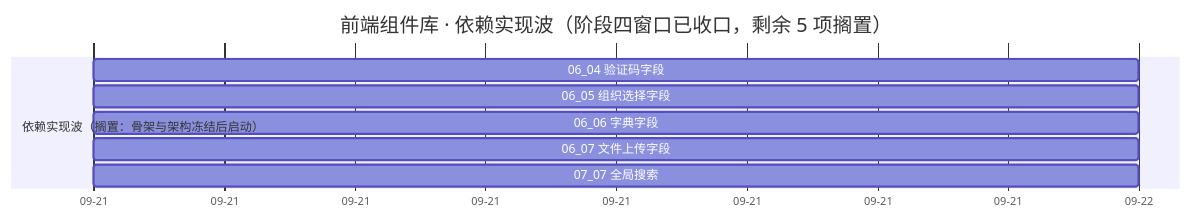
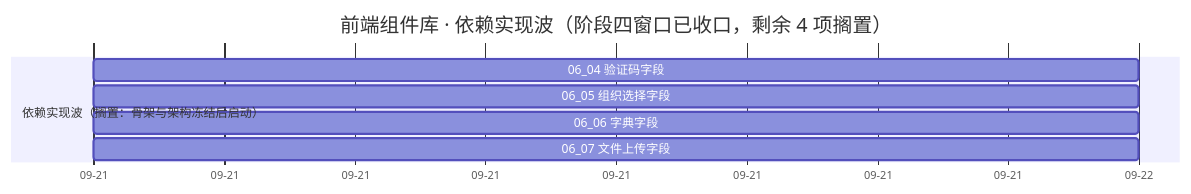
One commit to minjian123/basic-management-system changed the diagram in bms文档/项目/04_前端组件库/计划/01_计划_前端组件库.md. Above: the diagram before and after it, drawn with Mermaid. The commit also changed other lines of this file and 9 other files, not shown here.

````diff
--- a/bms文档/项目/04_前端组件库/计划/01_计划_前端组件库.md
+++ b/bms文档/项目/04_前端组件库/计划/01_计划_前端组件库.md
@@ -78,13 +77,12 @@
 ```mermaid
 gantt
-    title 前端组件库 · 依赖实现波（阶段四窗口已收口，剩余 5 项搁置）
+    title 前端组件库 · 依赖实现波（阶段四窗口已收口，剩余 4 项搁置）
     dateFormat  YYYY-MM-DD
     axisFormat %m-%d
-    %% 已完成任务不入甘特：域 02 / 03 / 04 / 05 / 10 与域 06（06_01 ~ 06_03）、域 07（07_01 ~ 07_03 / 07_05 / 07_06）、域 08（08_01 ~ 08_10）均已完成
+    %% 已完成任务不入甘特：域 02 / 03 / 04 / 05 / 10 与域 06（06_01 ~ 06_03）、域 07（全部）、域 08（08_01 ~ 08_10）均已完成
     section 依赖实现波（搁置：骨架与架构冻结后启动）
     06_04 验证码字段 :c0604, 2026-09-21, 1d
     06_05 组织选择字段 :c0605, 2026-09-21, 1d
     06_06 字典字段 :c0606, 2026-09-21, 1d
     06_07 文件上传字段 :c0607, 2026-09-21, 1d
-    07_07 全局搜索 :c0707, 2026-09-21, 1d
 ```
````
